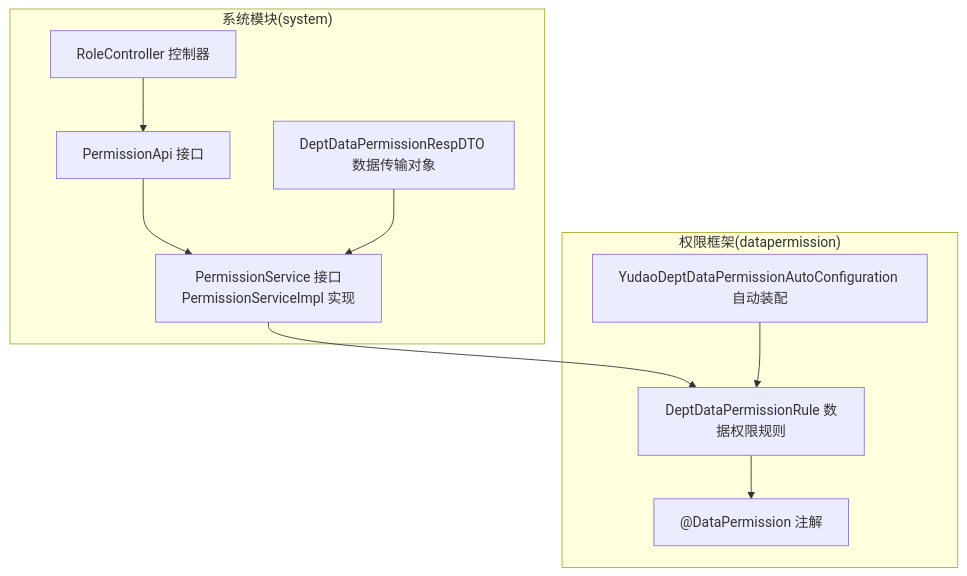
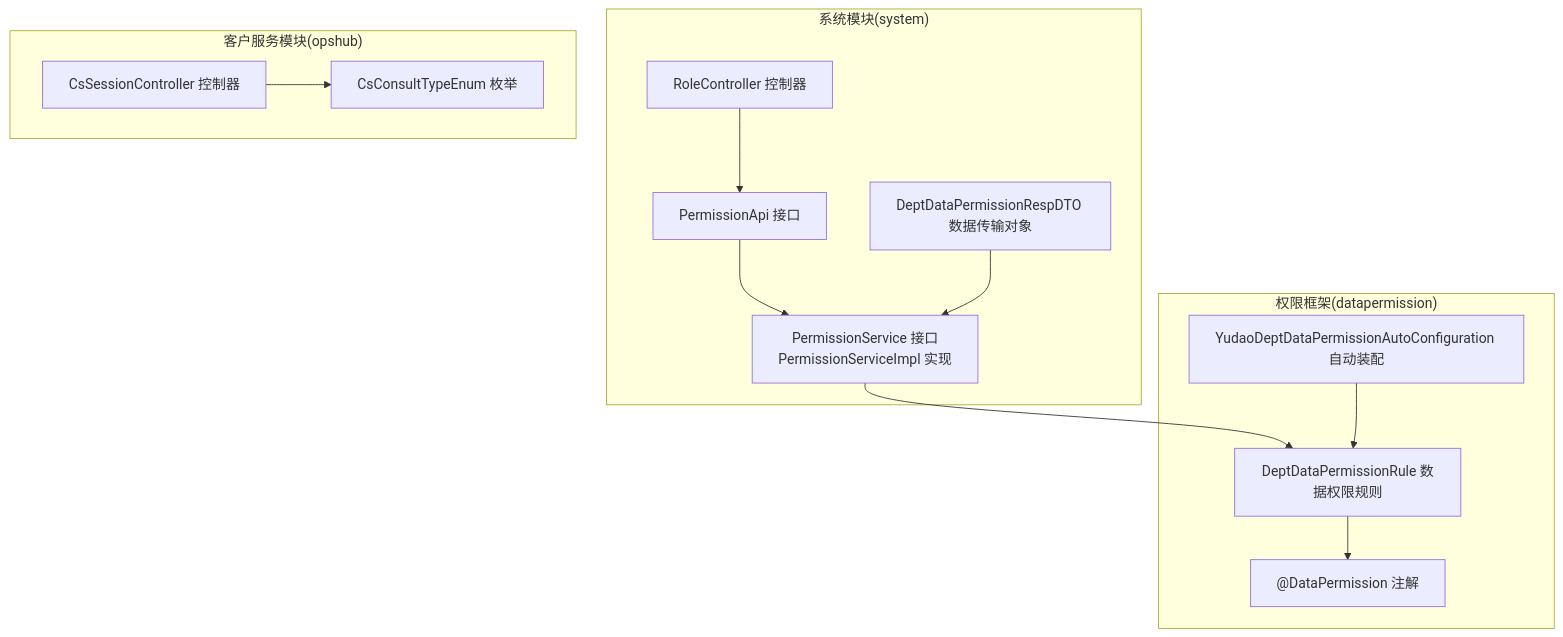
The first of 6 diagrams in .qoder/repowiki/zh/content/核心模块/系统管理模块/角色权限.md (xiaoche80s-tech/rouyi-vue-pro), drawn with Mermaid before and after one commit. The commit also changed other lines of this file and 331 other files, not shown here.

````diff
--- a/.qoder/repowiki/zh/content/核心模块/系统管理模块/角色权限.md
+++ b/.qoder/repowiki/zh/content/核心模块/系统管理模块/角色权限.md
@@ -37,20 +51,25 @@
 ```mermaid
 graph TB
 subgraph "系统模块(system)"
 API["PermissionApi 接口"]
 SVC["PermissionService 接口<br/>PermissionServiceImpl 实现"]
 CTRL["RoleController 控制器"]
 DTO["DeptDataPermissionRespDTO 数据传输对象"]
 end
 subgraph "权限框架(datapermission)"
 ANNOT["@DataPermission 注解"]
 RULE["DeptDataPermissionRule 数据权限规则"]
 CONF["YudaoDeptDataPermissionAutoConfiguration 自动装配"]
 end
+subgraph "客户服务模块(opshub)"
+CSCTRL["CsSessionController 控制器"]
+ENUM["CsConsultTypeEnum 枚举"]
+end
 CTRL --> API
 API --> SVC
 SVC --> RULE
 RULE --> ANNOT
 CONF --> RULE
 DTO --> SVC
+CSCTRL --> ENUM
 ```
````
